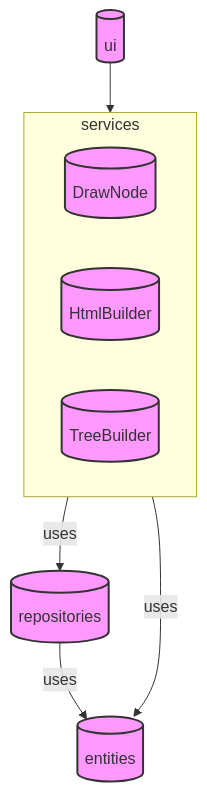
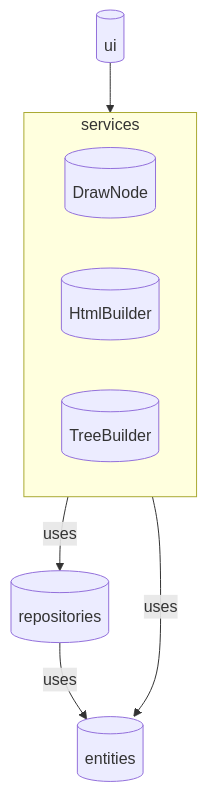
Before and after one commit to gitelras/html-editori: the diagram in dokumentaatio/arkkitehtuuri.md, drawn with Mermaid.

````diff
--- a/dokumentaatio/arkkitehtuuri.md
+++ b/dokumentaatio/arkkitehtuuri.md
@@ -5,20 +5,17 @@
 ```mermaid
 graph TD;
     subgraph services ["services"]
         DrawNode[("DrawNode")]
         HtmlBuilder[("HtmlBuilder")]
         TreeBuilder[("TreeBuilder")]
     end
 
     ui[("ui")]
     repositories[("repositories")]
     entities[("entities")]
 
     ui --> services
     services -->|uses| repositories
     services -->|uses| entities
     repositories -->|uses| entities
-
-    classDef default fill:#f9f,stroke:#333,stroke-width:2px;
-    linkStyle default interpolate basis
 ```
````
